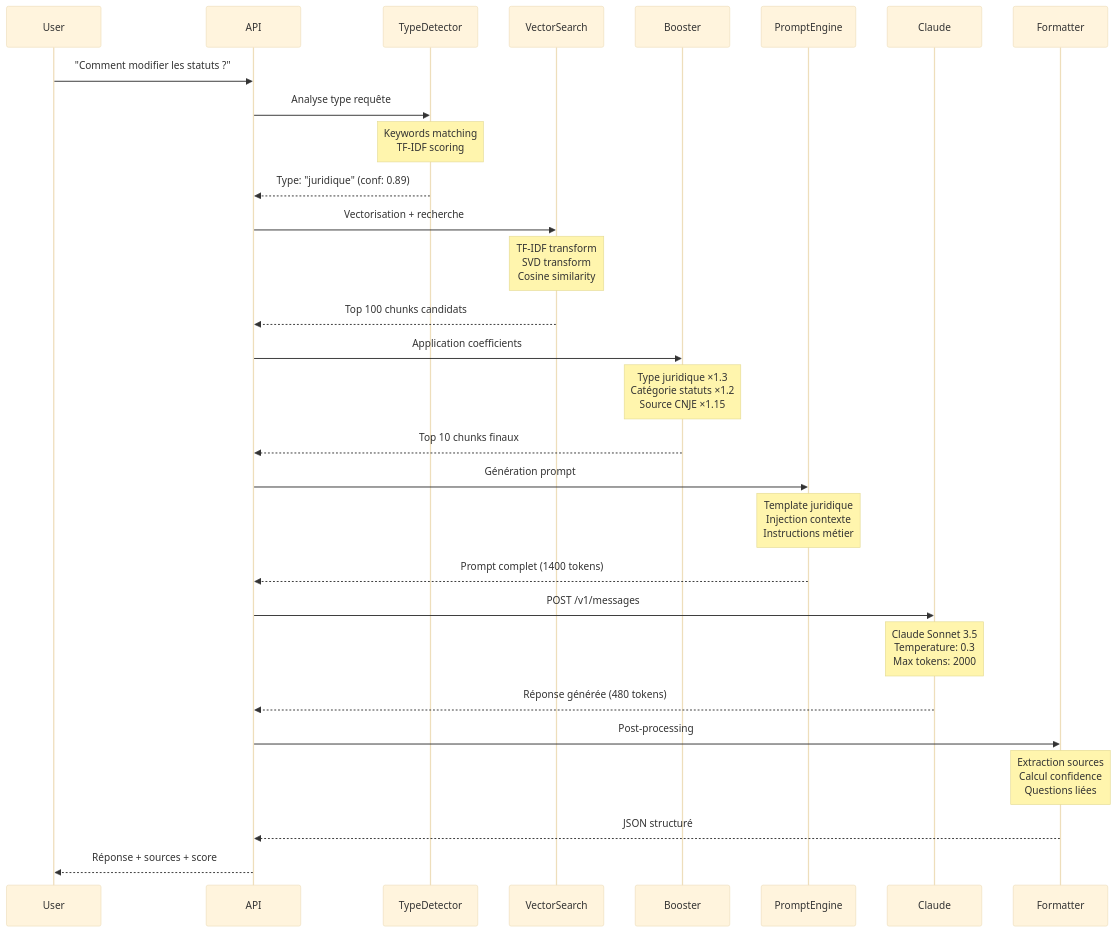
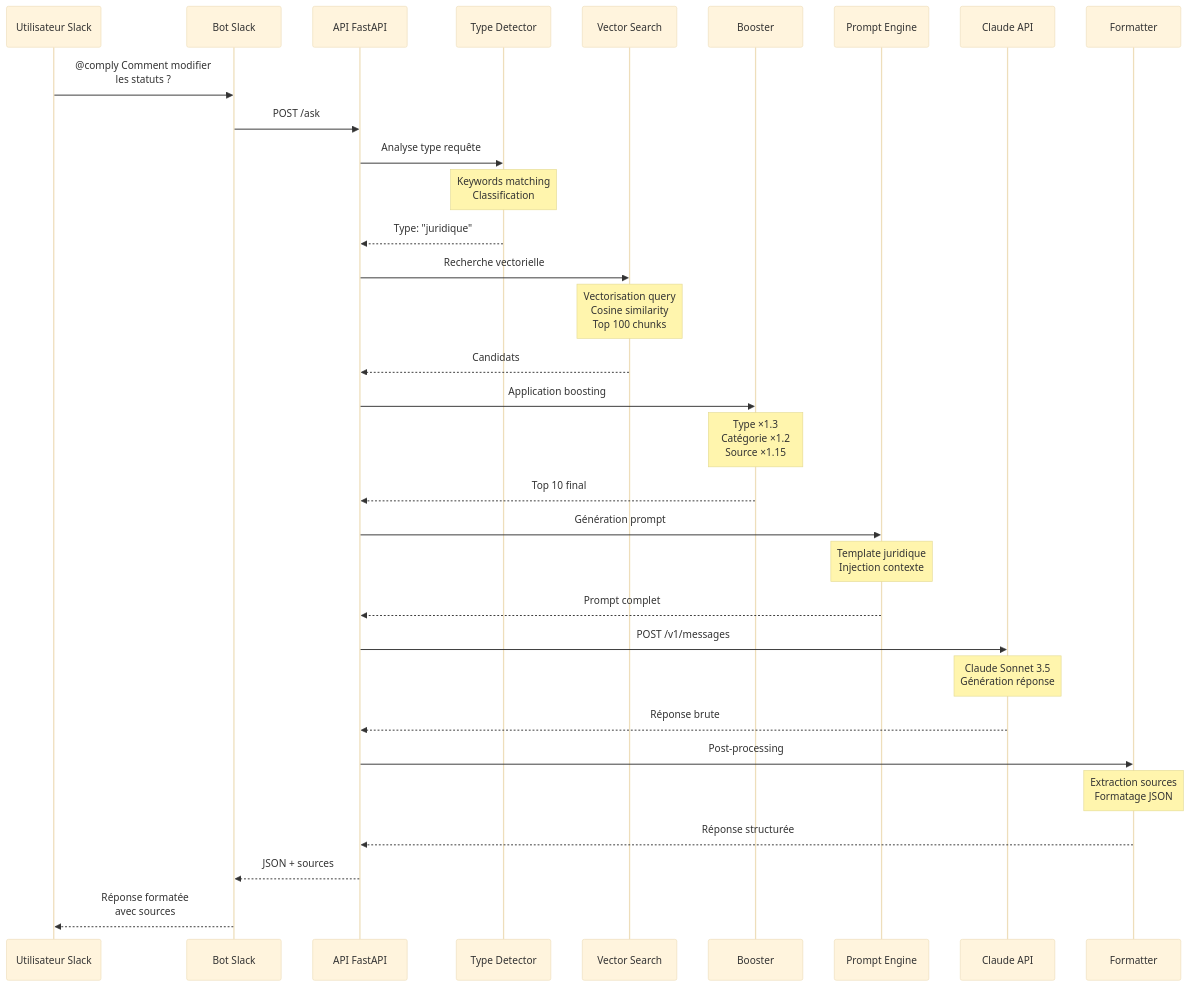
Before and after one commit to llantrua/Comply-AI-ChatBot: the second of 2 diagrams in README.md, drawn with Mermaid (base theme). The commit also changed other lines of this file and 1 other file, not shown here.

````diff
--- a/README.md
+++ b/README.md
@@ -247,38 +229,42 @@
 ```mermaid
 sequenceDiagram
-    participant User
-    participant API
-    participant TypeDetector
-    participant VectorSearch
-    participant Booster
-    participant PromptEngine
-    participant Claude
-    participant Formatter
-
-    User->>API: "Comment modifier les statuts ?"
-    API->>TypeDetector: Analyse type requête
-    Note over TypeDetector: Keywords matching<br/>TF-IDF scoring
-    TypeDetector-->>API: Type: "juridique" (conf: 0.89)
+    participant User as Utilisateur Slack
+    participant Bot as Bot Slack
+    participant API as API FastAPI
+    participant Detector as Type Detector
+    participant Search as Vector Search
+    participant Boost as Booster
+    participant Prompt as Prompt Engine
+    participant Claude as Claude API
+    participant Format as Formatter
     
-    API->>VectorSearch: Vectorisation + recherche
-    Note over VectorSearch: TF-IDF transform<br/>SVD transform<br/>Cosine similarity
-    VectorSearch-->>API: Top 100 chunks candidats
+    User->>Bot: @comply Comment modifier<br/>les statuts ?
+    Bot->>API: POST /ask
     
-    API->>Booster: Application coefficients
-    Note over Booster: Type juridique ×1.3<br/>Catégorie statuts ×1.2<br/>Source CNJE ×1.15
-    Booster-->>API: Top 10 chunks finaux
+    API->>Detector: Analyse type requête
+    Note over Detector: Keywords matching<br/>Classification
+    Detector-->>API: Type: "juridique"
     
-    API->>PromptEngine: Génération prompt
-    Note over PromptEngine: Template juridique<br/>Injection contexte<br/>Instructions métier
-    PromptEngine-->>API: Prompt complet (1400 tokens)
+    API->>Search: Recherche vectorielle
+    Note over Search: Vectorisation query<br/>Cosine similarity<br/>Top 100 chunks
+    Search-->>API: Candidats
+    
+    API->>Boost: Application boosting
+    Note over Boost: Type ×1.3<br/>Catégorie ×1.2<br/>Source ×1.15
+    Boost-->>API: Top 10 final
+    
+    API->>Prompt: Génération prompt
+    Note over Prompt: Template juridique<br/>Injection contexte
+    Prompt-->>API: Prompt complet
     
     API->>Claude: POST /v1/messages
-    Note over Claude: Claude Sonnet 3.5<br/>Temperature: 0.3<br/>Max tokens: 2000
-    Claude-->>API: Réponse générée (480 tokens)
+    Note over Claude: Claude Sonnet 3.5<br/>Génération réponse
+    Claude-->>API: Réponse brute
     
-    API->>Formatter: Post-processing
-    Note over Formatter: Extraction sources<br/>Calcul confidence<br/>Questions liées
-    Formatter-->>API: JSON structuré
+    API->>Format: Post-processing
+    Note over Format: Extraction sources<br/>Formatage JSON
+    Format-->>API: Réponse structurée
     
-    API-->>User: Réponse + sources + score
+    API-->>Bot: JSON + sources
+    Bot-->>User: Réponse formatée<br/>avec sources
 ```
````
